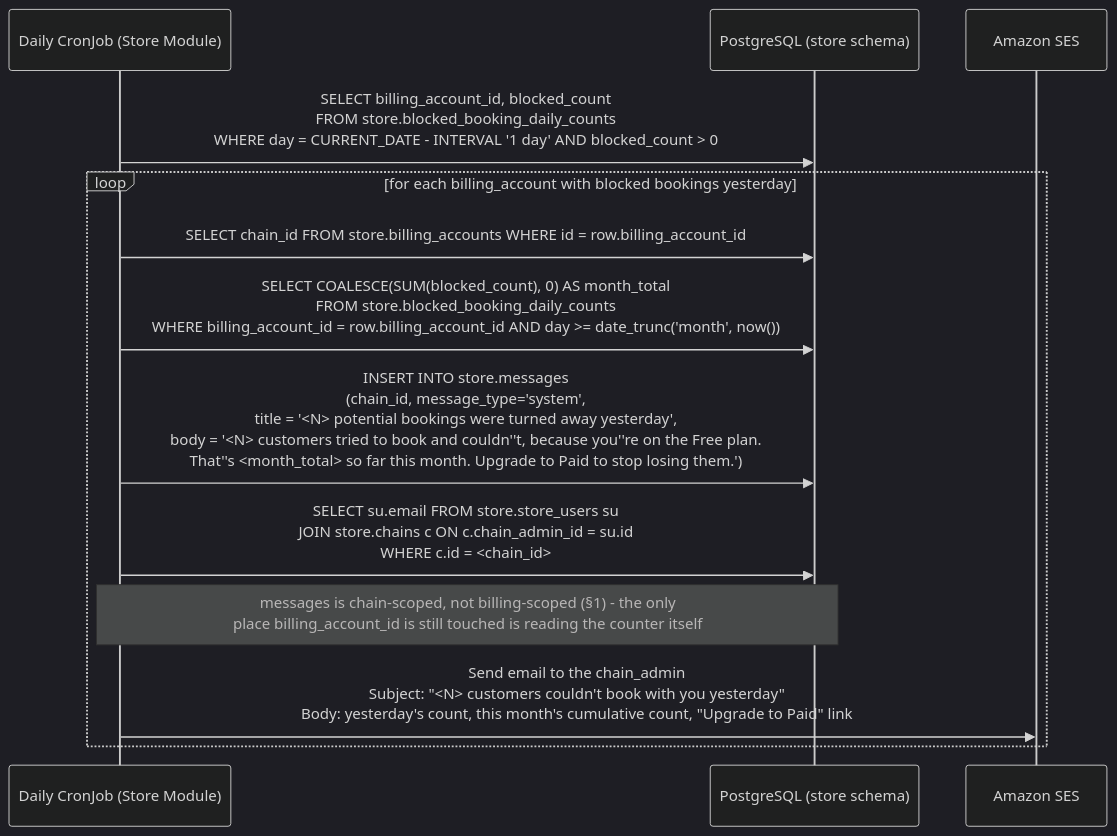
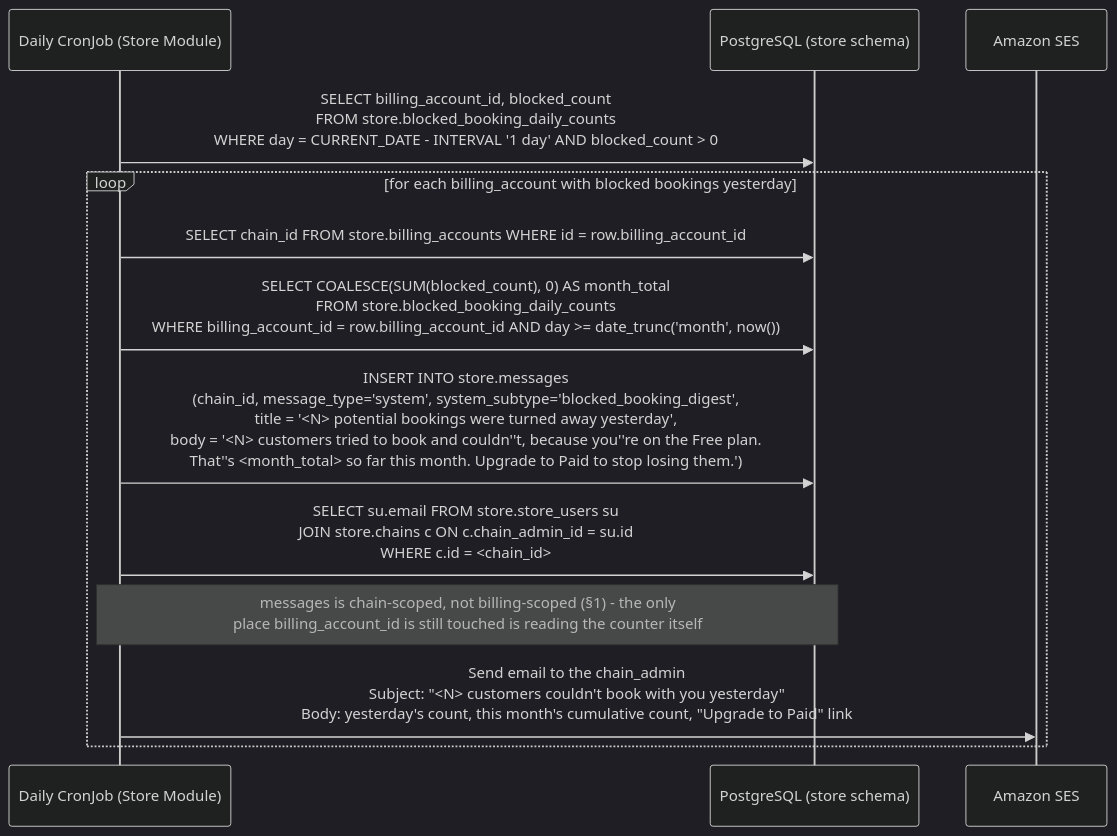
Before and after one commit to szhanggit/appointmentsystemdesign: the first of 3 diagrams in usercasestudy/groway-store-notifications-workflow.md, drawn with Mermaid (dark theme). The commit also changed other lines of this file and 13 other files, not shown here.

````diff
--- a/usercasestudy/groway-store-notifications-workflow.md
+++ b/usercasestudy/groway-store-notifications-workflow.md
@@ -36,16 +38,16 @@
 ```mermaid
 sequenceDiagram
     participant CRON as Daily CronJob (Store Module)
     participant DB as PostgreSQL (store schema)
     participant SES as Amazon SES
 
     CRON->>DB: SELECT billing_account_id, blocked_count<br/>FROM store.blocked_booking_daily_counts<br/>WHERE day = CURRENT_DATE - INTERVAL '1 day' AND blocked_count > 0
     loop for each billing_account with blocked bookings yesterday
         CRON->>DB: SELECT chain_id FROM store.billing_accounts WHERE id = row.billing_account_id
         CRON->>DB: SELECT COALESCE(SUM(blocked_count), 0) AS month_total<br/>FROM store.blocked_booking_daily_counts<br/>WHERE billing_account_id = row.billing_account_id AND day >= date_trunc('month', now())
-        CRON->>DB: INSERT INTO store.messages<br/>(chain_id, message_type='system',<br/>title = '<N> potential bookings were turned away yesterday',<br/>body = '<N> customers tried to book and couldn''t, because you''re on the Free plan.<br/>That''s <month_total> so far this month. Upgrade to Paid to stop losing them.')
+        CRON->>DB: INSERT INTO store.messages<br/>(chain_id, message_type='system', system_subtype='blocked_booking_digest',<br/>title = '<N> potential bookings were turned away yesterday',<br/>body = '<N> customers tried to book and couldn''t, because you''re on the Free plan.<br/>That''s <month_total> so far this month. Upgrade to Paid to stop losing them.')
         CRON->>DB: SELECT su.email FROM store.store_users su<br/>JOIN store.chains c ON c.chain_admin_id = su.id<br/>WHERE c.id = <chain_id>
         Note over CRON,DB: messages is chain-scoped, not billing-scoped (§1) - the only<br/>place billing_account_id is still touched is reading the counter itself
         CRON->>SES: Send email to the chain_admin<br/>Subject: "<N> customers couldn't book with you yesterday"<br/>Body: yesterday's count, this month's cumulative count, "Upgrade to Paid" link
     end
 ```
````
